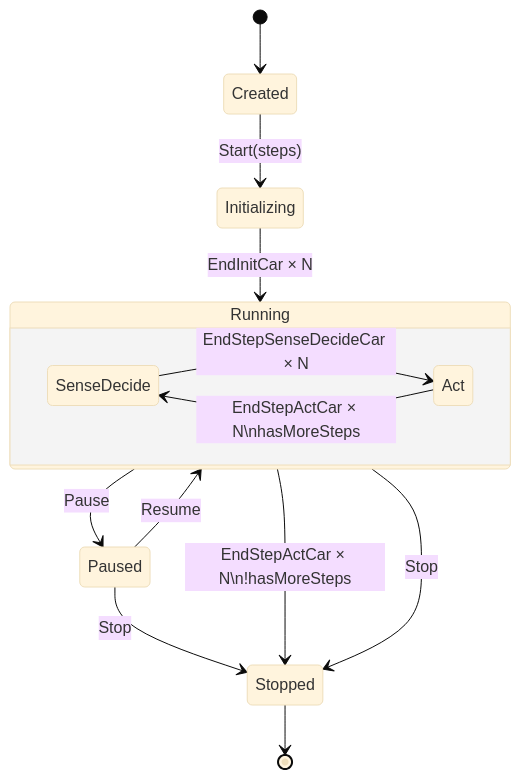
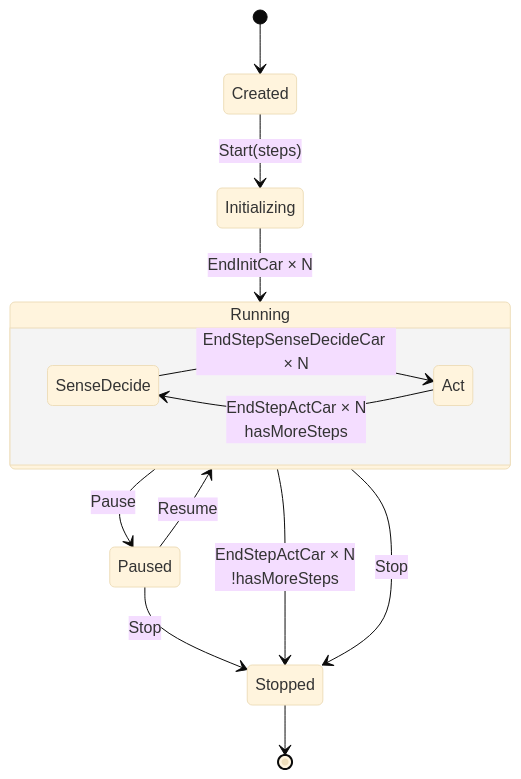
The fifth of 6 diagrams in simulation-car/doc/report.md (JBmanu/PCD-03), drawn with Mermaid (base theme) before and after one commit. The commit also changed other lines of this file and 2 other files, not shown here.

````diff
--- a/simulation-car/doc/report.md
+++ b/simulation-car/doc/report.md
@@ -142,20 +140,20 @@
 ```mermaid
 stateDiagram-v2
     direction TB
     [*] --> Created
     Created --> Initializing : Start(steps)
     Initializing --> Running : EndInitCar × N
 
     state Running {
         direction LR
         SenseDecide --> Act : EndStepSenseDecideCar × N
-        Act --> SenseDecide : EndStepActCar × N\nhasMoreSteps
+        Act --> SenseDecide : EndStepActCar × N<br/>hasMoreSteps
     }
 
     Running --> Paused : Pause
     Paused --> Running : Resume
-    Running --> Stopped : EndStepActCar × N\n!hasMoreSteps
+    Running --> Stopped : EndStepActCar × N<br/>!hasMoreSteps
     Running --> Stopped : Stop
     Paused --> Stopped : Stop
     Stopped --> [*]
 ```
````
